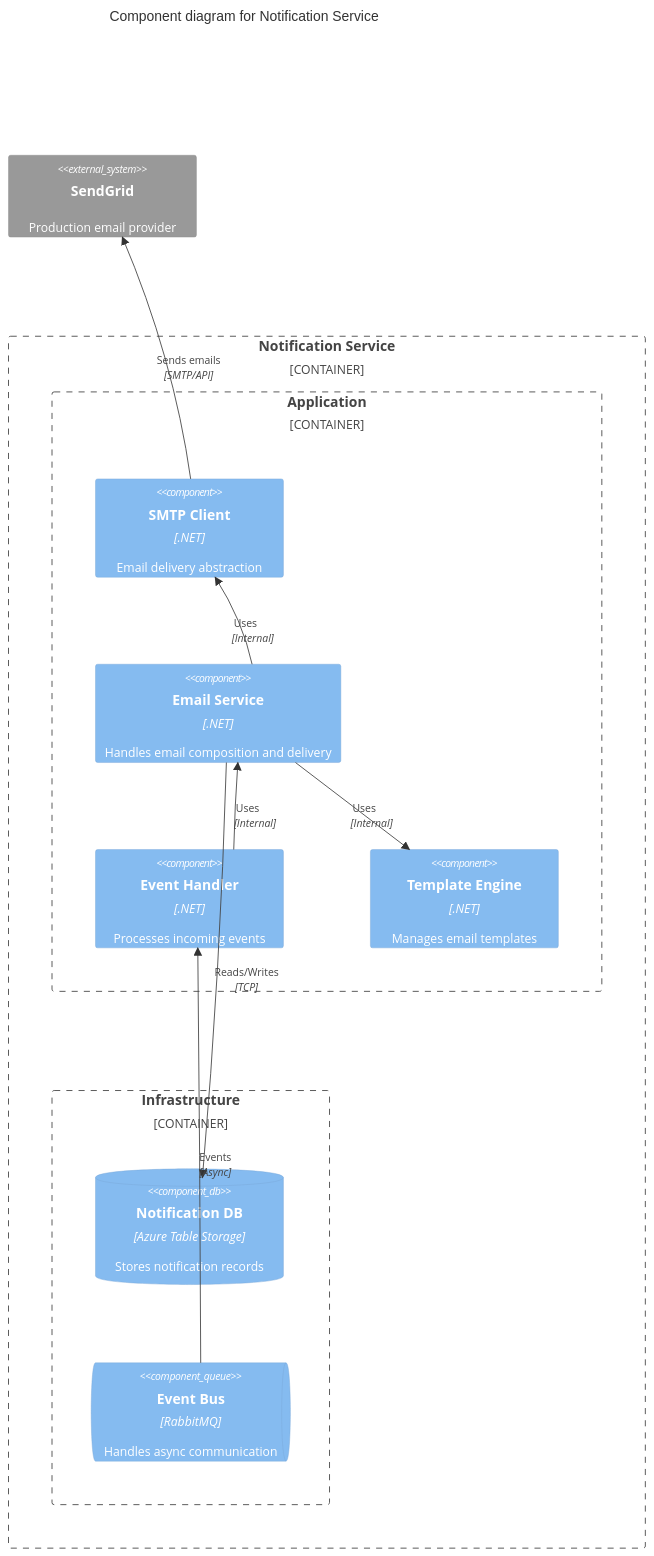
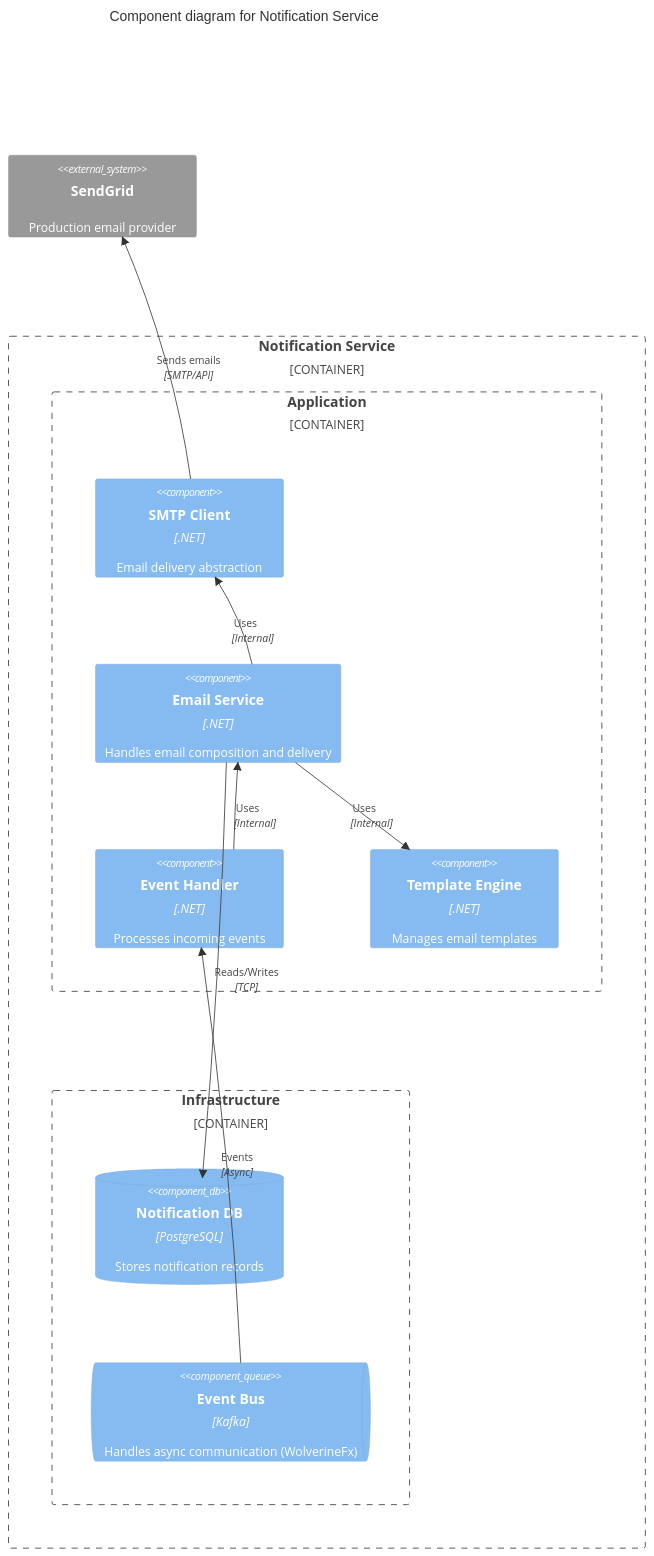
Before and after one commit to foxminchan/BookWorm: the seventh of 9 diagrams in docs/docusaurus/docs/05-building-block-view/level-2.mdx, drawn with Mermaid. The commit also changed other lines of this file and 65 other files, not shown here.

Commit message:
chore(docs): update architecture decision records (#1127)

````diff
--- a/docs/docusaurus/docs/05-building-block-view/level-2.mdx
+++ b/docs/docusaurus/docs/05-building-block-view/level-2.mdx
@@ -396,32 +397,32 @@
 ```mermaid
 C4Component
     title Component diagram for Notification Service
 
     Container_Boundary(notification, "Notification Service") {
         Container_Boundary(application, "Application") {
             Component(smtpClient, "SMTP Client", ".NET", "Email delivery abstraction")
             Component(emailService, "Email Service", ".NET", "Handles email composition and delivery")
             Component(eventHandler, "Event Handler", ".NET", "Processes incoming events")
             Component(templateEngine, "Template Engine", ".NET", "Manages email templates")
         }
 
         Container_Boundary(infrastructure, "Infrastructure") {
-            ComponentDb(notificationDb, "Notification DB", "Azure Table Storage", "Stores notification records")
-            ComponentQueue(eventBus, "Event Bus", "RabbitMQ", "Handles async communication")
+            ComponentDb(notificationDb, "Notification DB", "PostgreSQL", "Stores notification records")
+            ComponentQueue(eventBus, "Event Bus", "Kafka", "Handles async communication (WolverineFx)")
         }
     }
 
     System_Ext(sendGrid, "SendGrid", "Production email provider")
 
     Rel(emailService, templateEngine, "Uses", "Internal")
     Rel(emailService, smtpClient, "Uses", "Internal")
     Rel(emailService, notificationDb, "Reads/Writes", "TCP")
 
     Rel(eventBus, eventHandler, "Events", "Async")
     Rel(eventHandler, emailService, "Uses", "Internal")
     Rel(emailService, templateEngine, "Uses", "Internal")
     Rel(emailService, smtpClient, "Uses", "Internal")
     Rel(smtpClient, sendGrid, "Sends emails", "SMTP/API")
 
     UpdateLayoutConfig($c4ShapeInRow="3", $c4BoundaryInRow="1")
 ```
````
